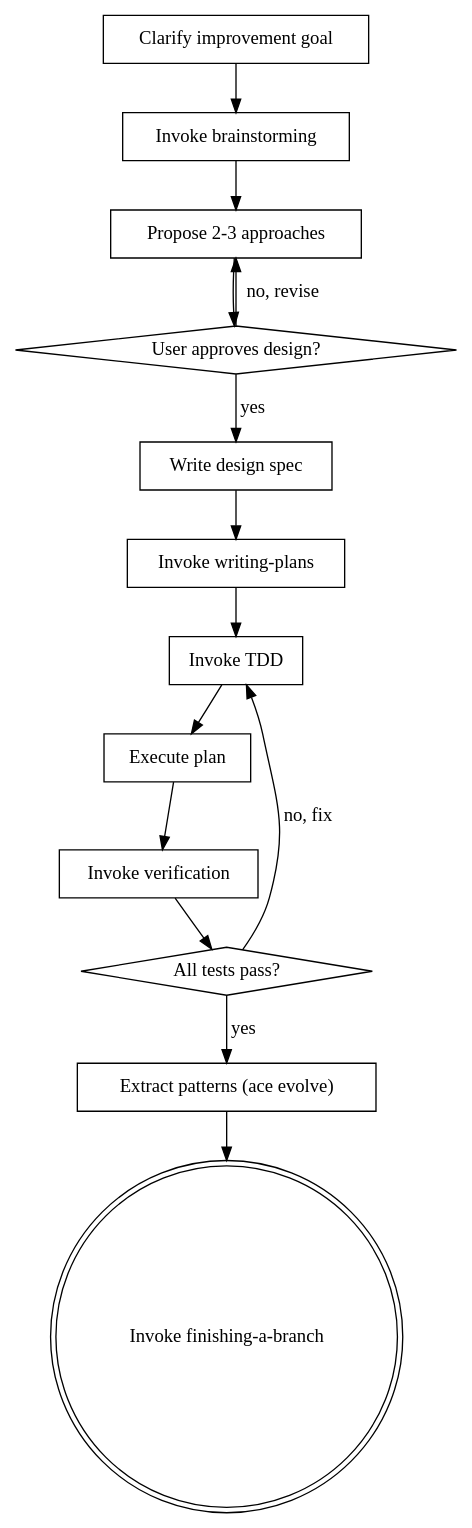
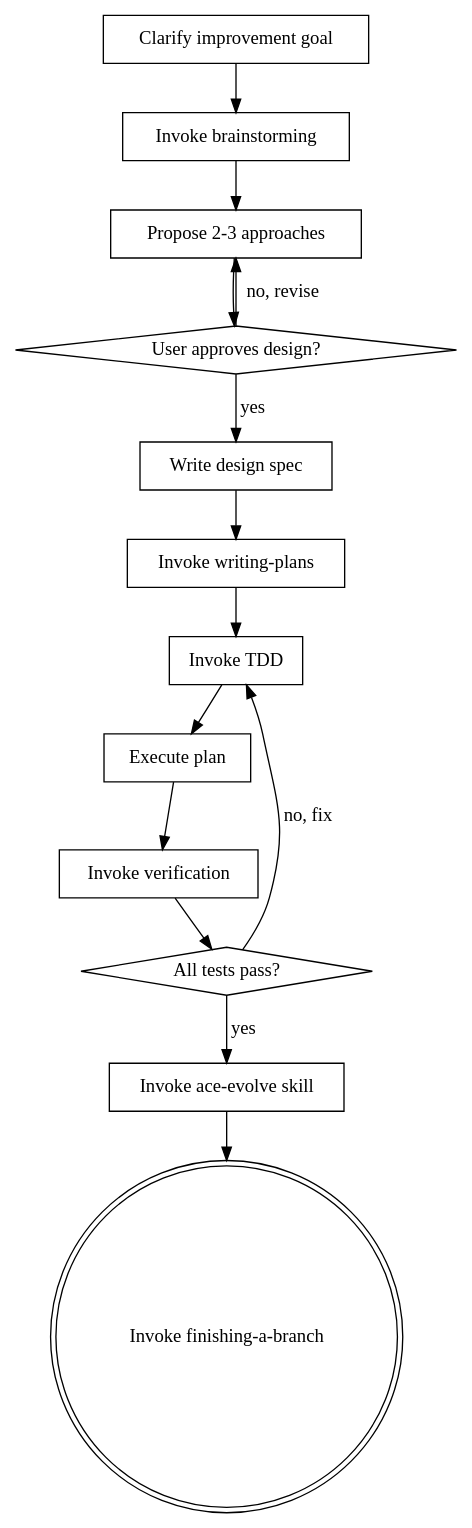
One commit to hyper-instrument/ace-superpowers changed the diagram in skills/ace-development/SKILL.md. Above: the diagram before and after it, drawn with Graphviz. The commit also changed other lines of this file and 4 other files, not shown here.

Commit message:
feat: add ace-evolve skill + update P1/P2/P3 to invoke it in Phase 6

````diff
--- a/skills/ace-development/SKILL.md
+++ b/skills/ace-development/SKILL.md
@@ -71,30 +71,30 @@
 ```dot
 digraph ace_development {
     "Clarify improvement goal" [shape=box];
     "Invoke brainstorming" [shape=box];
     "Propose 2-3 approaches" [shape=box];
     "User approves design?" [shape=diamond];
     "Write design spec" [shape=box];
     "Invoke writing-plans" [shape=box];
     "Invoke TDD" [shape=box];
     "Execute plan" [shape=box];
     "Invoke verification" [shape=box];
     "All tests pass?" [shape=diamond];
-    "Extract patterns (ace evolve)" [shape=box];
+    "Invoke ace-evolve skill" [shape=box];
     "Invoke finishing-a-branch" [shape=doublecircle];
 
     "Clarify improvement goal" -> "Invoke brainstorming";
     "Invoke brainstorming" -> "Propose 2-3 approaches";
     "Propose 2-3 approaches" -> "User approves design?";
     "User approves design?" -> "Propose 2-3 approaches" [label="no, revise"];
     "User approves design?" -> "Write design spec" [label="yes"];
     "Write design spec" -> "Invoke writing-plans";
     "Invoke writing-plans" -> "Invoke TDD";
     "Invoke TDD" -> "Execute plan";
     "Execute plan" -> "Invoke verification";
     "Invoke verification" -> "All tests pass?";
     "All tests pass?" -> "Invoke TDD" [label="no, fix"];
-    "All tests pass?" -> "Extract patterns (ace evolve)" [label="yes"];
-    "Extract patterns (ace evolve)" -> "Invoke finishing-a-branch";
+    "All tests pass?" -> "Invoke ace-evolve skill" [label="yes"];
+    "Invoke ace-evolve skill" -> "Invoke finishing-a-branch";
 }
 ```
````
